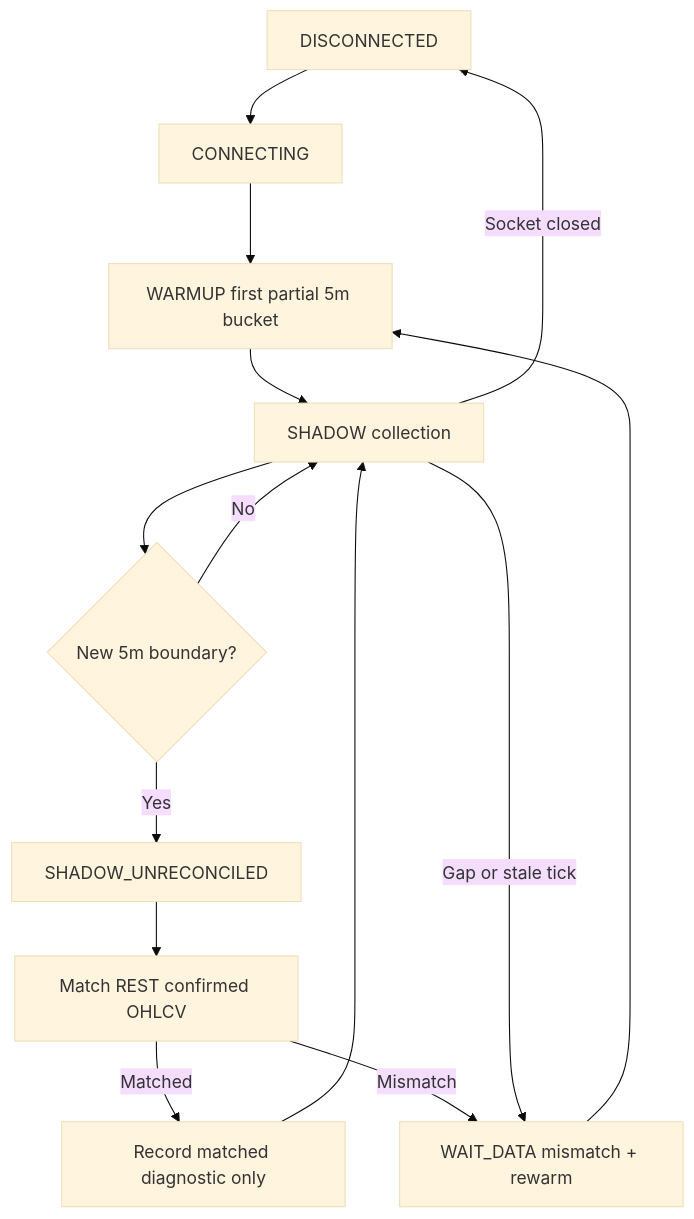
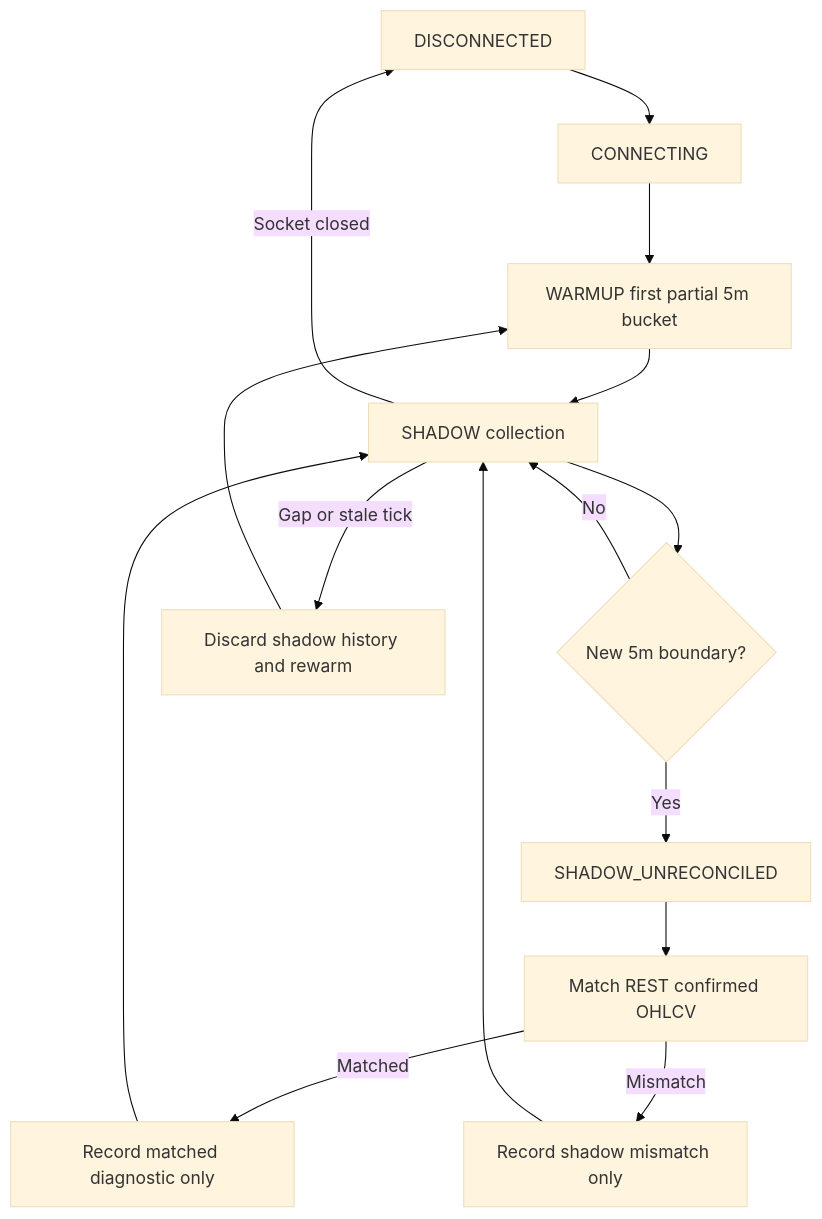
The diagram in cloud-alerts/docs/STREAMING_DESIGN.md (Tirthanand17/Indicator-Setup), drawn with Mermaid (base theme) before and after one commit. The commit also changed other lines of this file and 12 other files, not shown here.

````diff
--- a/cloud-alerts/docs/STREAMING_DESIGN.md
+++ b/cloud-alerts/docs/STREAMING_DESIGN.md
@@ -20,16 +20,17 @@
 ```mermaid
 flowchart TD
     A[DISCONNECTED] --> B[CONNECTING]
     B --> C[WARMUP first partial 5m bucket]
     C --> D[SHADOW collection]
     D --> E{New 5m boundary?}
     E -->|No| D
     E -->|Yes| F[SHADOW_UNRECONCILED]
     F --> G[Match REST confirmed OHLCV]
     G -->|Matched| H[Record matched diagnostic only]
-    G -->|Mismatch| I[WAIT_DATA mismatch + rewarm]
+    G -->|Mismatch| I[Record shadow mismatch only]
     H --> D
-    I --> C
-    D -->|Gap or stale tick| I
+    I --> D
+    J --> C
+    D -->|Gap or stale tick| J[Discard shadow history and rewarm]
     D -->|Socket closed| A
 ```
````
